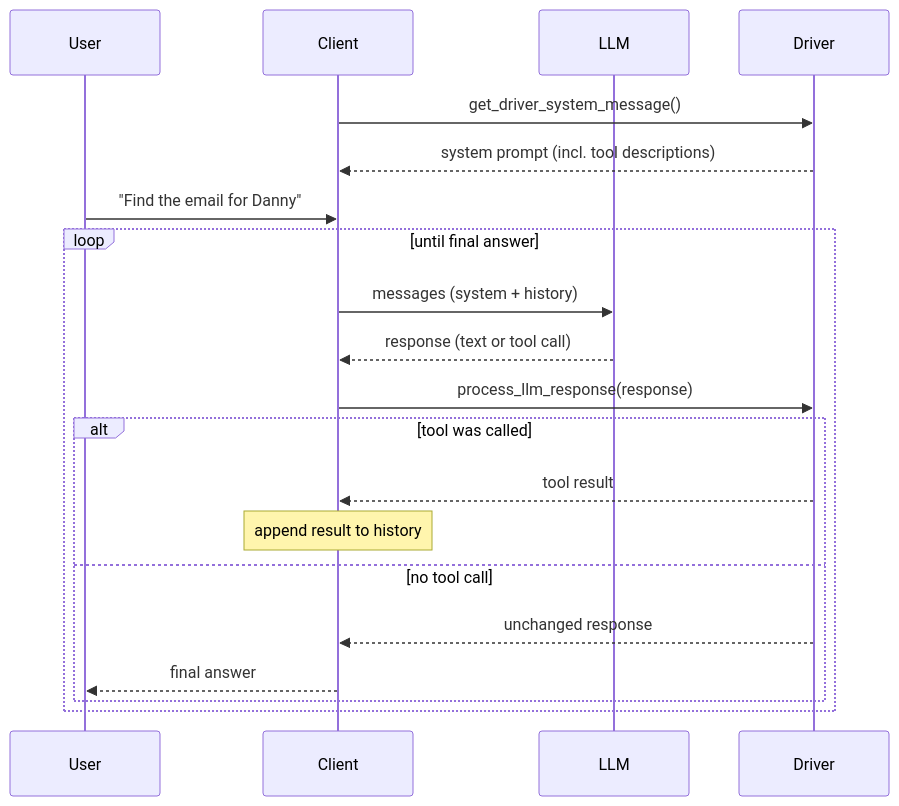
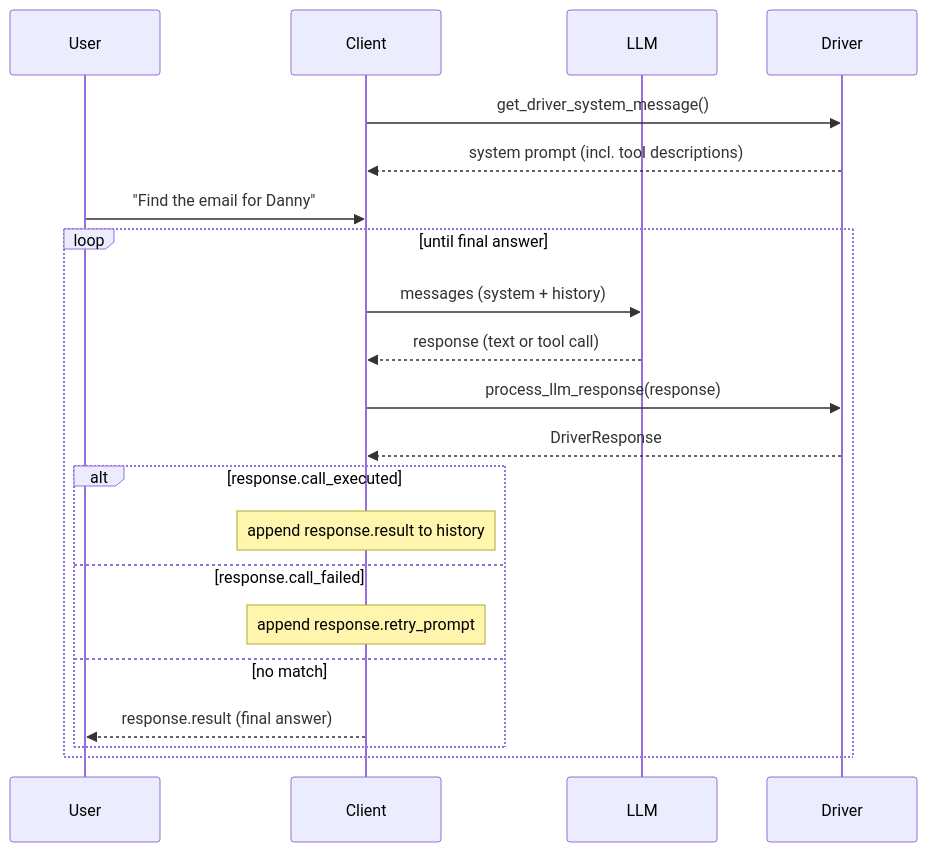
The diagram in docs/Intro.md (modelcontextstandard/docs), drawn with Mermaid before and after one commit. The commit also changed other lines of this file and 3 other files, not shown here.

````diff
--- a/docs/Intro.md
+++ b/docs/Intro.md
@@ -126,24 +126,25 @@
 ```mermaid
 sequenceDiagram
     participant User
     participant Client
     participant LLM
     participant Driver
 
     Client->>Driver: get_driver_system_message()
     Driver-->>Client: system prompt (incl. tool descriptions)
 
     User->>Client: "Find the email for Danny"
     loop until final answer
         Client->>LLM: messages (system + history)
         LLM-->>Client: response (text or tool call)
         Client->>Driver: process_llm_response(response)
-        alt tool was called
-            Driver-->>Client: tool result
-            Note over Client: append result to history
-        else no tool call
-            Driver-->>Client: unchanged response
-            Client-->>User: final answer
+        Driver-->>Client: DriverResponse
+        alt response.call_executed
+            Note over Client: append response.result to history
+        else response.call_failed
+            Note over Client: append response.retry_prompt
+        else no match
+            Client-->>User: response.result (final answer)
         end
     end
 ```
````
